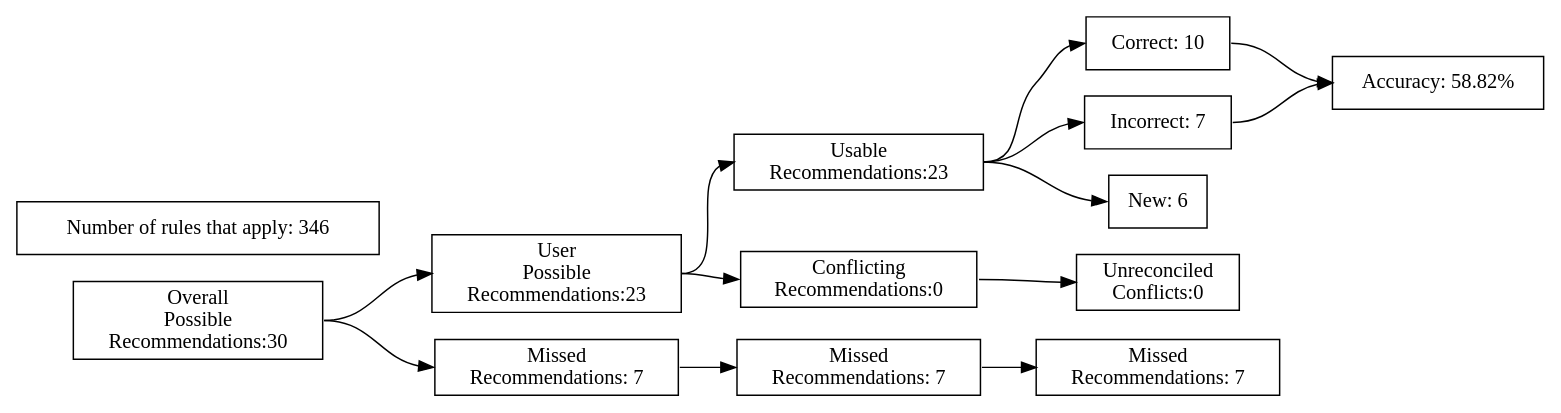
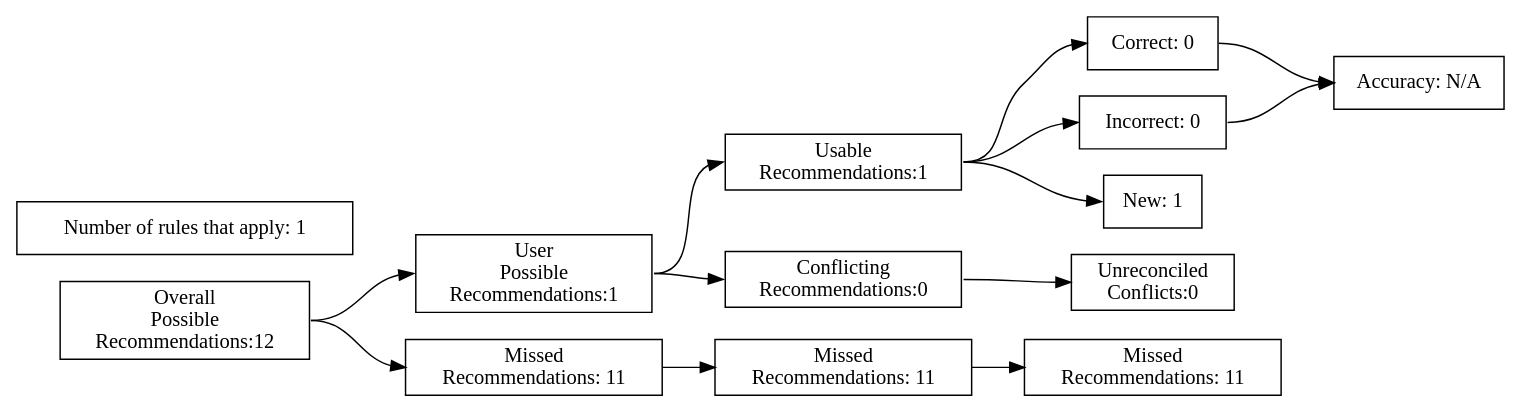
The diagram in test_renders/5.gv (ZaxR/ibd_diet_analysis), drawn with Graphviz before and after one commit. The commit also changed 77 other files, not shown here.

```diff
--- a/test_renders/5.gv
+++ b/test_renders/5.gv
@@ -1,40 +1,40 @@
 digraph {
 	graph [rankdir=LR]
 	node [pos=r shape=box]
 	edge [headport=w tailport=e]
 		A [label="Overall
 Possible
-Recommendations:30"]
+Recommendations:12"]
 		B [label="User
 Possible
-Recommendations:23"]
+Recommendations:1"]
 		C [label="Missed
-Recommendations: 7"]
+Recommendations: 11"]
 		D [label="Usable
-Recommendations:23"]
+Recommendations:1"]
 		E [label="Conflicting
 Recommendations:0"]
 		J [label="Missed
-Recommendations: 7"]
+Recommendations: 11"]
 		M [label="Unreconciled
 Conflicts:0"]
-		F [label="Correct: 10"]
-		G [label="Incorrect: 7"]
-		H [label="New: 6"]
+		F [label="Correct: 0"]
+		G [label="Incorrect: 0"]
+		H [label="New: 1"]
 		K [label="Missed
-Recommendations: 7"]
-		I [label="Accuracy: 58.82%"]
-		l [label="Number of rules that apply: 346"]
+Recommendations: 11"]
+		I [label="Accuracy: N/A"]
+		l [label="Number of rules that apply: 1"]
 			A -> B
 			A -> C
 			B -> D
 			B -> E
 			D -> F
 			D -> G
 			D -> H
 			F -> I
 			G -> I
 			C -> J
 			J -> K
 			E -> M
 }
```
